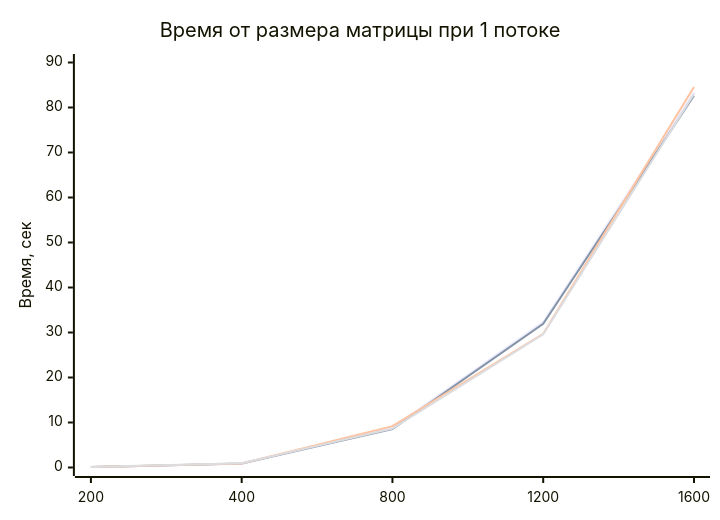
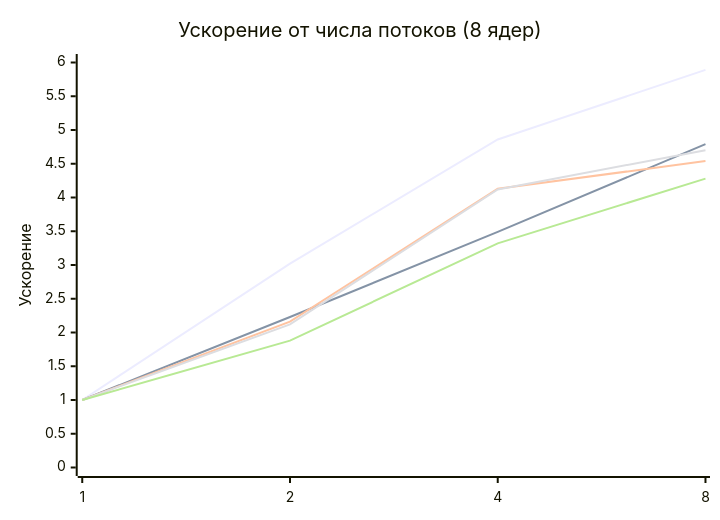
The eighth of 8 diagrams in README.md (sanek4338/Parallelnoe_Programming), drawn with Mermaid before and after one commit. The commit also changed other lines of this file and 1 other file, not shown here.

````diff
--- a/README.md
+++ b/README.md
@@ -150,10 +220,11 @@
 ```mermaid
 xychart-beta
-    title "Время от размера матрицы при 1 потоке"
-    x-axis [200, 400, 800, 1200, 1600]
-    y-axis "Время, сек" 0 --> 90
-    line "1 ядро" [0.103000, 0.845499, 8.860415, 32.355995, 83.371233]
-    line "2 ядра" [0.095172, 0.910272, 8.528934, 31.956459, 82.609997]
-    line "4 ядра" [0.094520, 0.910782, 9.195230, 29.702240, 84.563345]
-    line "8 ядер" [0.095209, 0.969096, 8.669487, 29.581620, 83.004848]
+    title "Ускорение от числа потоков (8 ядер)"
+    x-axis [1, 2, 4, 8]
+    y-axis "Ускорение" 0 --> 6
+    line "N=200" [1.00, 3.02, 4.86, 5.89]
+    line "N=400" [1.00, 2.23, 3.49, 4.79]
+    line "N=800" [1.00, 2.16, 4.13, 4.54]
+    line "N=1200" [1.00, 2.12, 4.12, 4.70]
+    line "N=1600" [1.00, 1.88, 3.32, 4.28]
 ```
````
